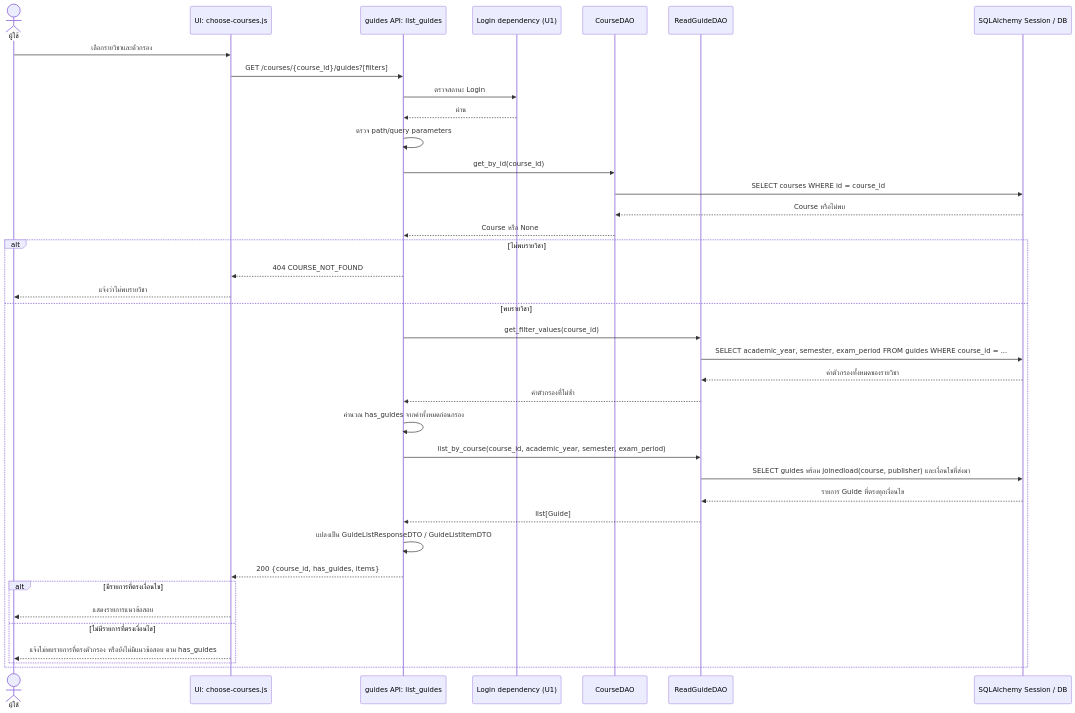
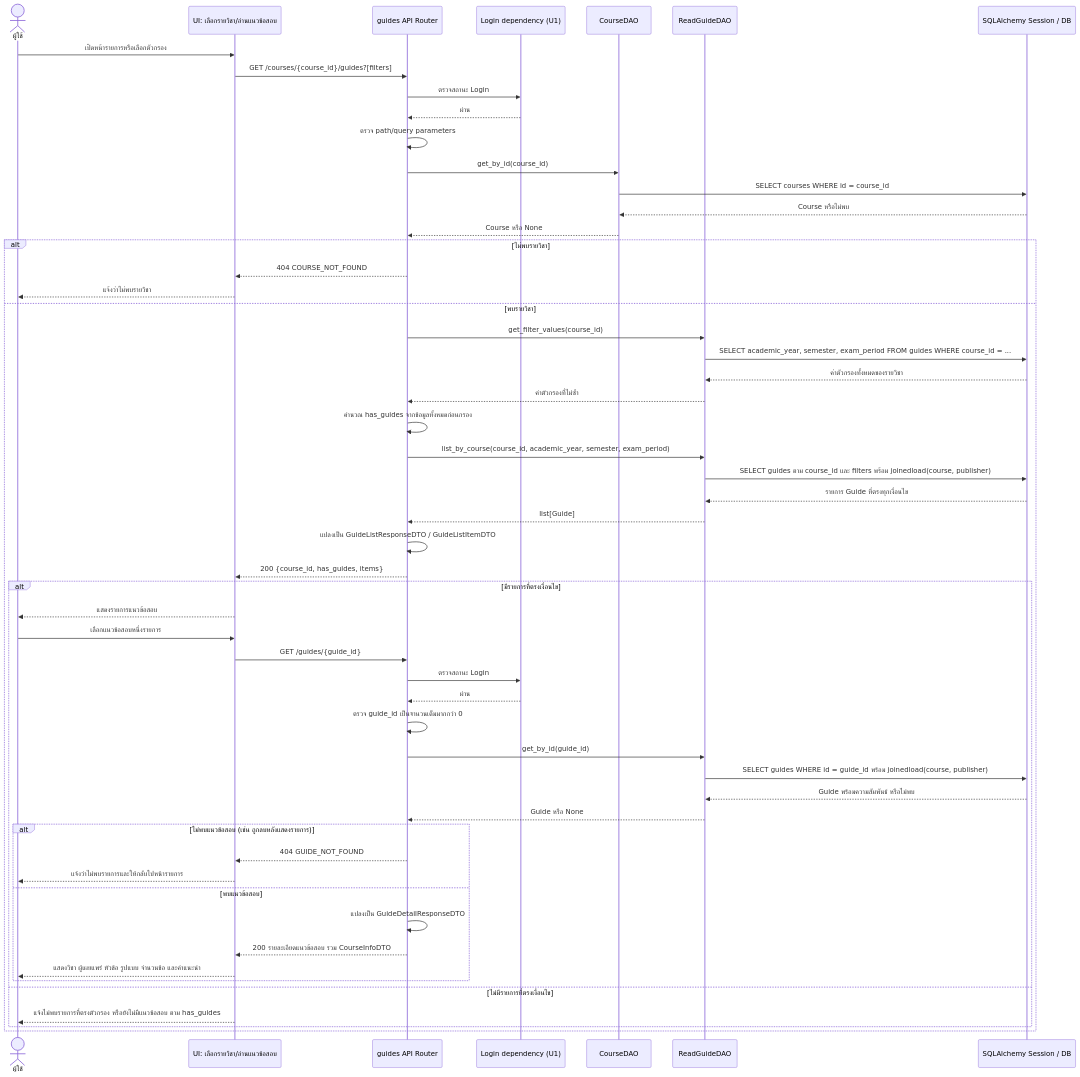
One commit to Lilieay/CS261-Group4-Project changed the diagram in docs/U3/Task37-sequence-diagram.md. Above: the diagram before and after it, drawn with Mermaid. The commit also changed other lines of this file, not shown here.

Commit message:
docs: combine task 37 sequence flow

````diff
--- a/docs/U3/Task37-sequence-diagram.md
+++ b/docs/U3/Task37-sequence-diagram.md
@@ -25,42 +25,60 @@
 ```mermaid
 sequenceDiagram
     actor User as ผู้ใช้
-    participant UI as UI: choose-courses.js
-    participant API as guides API: list_guides
+    participant UI as UI: เลือกรายวิชา/อ่านแนวข้อสอบ
+    participant API as guides API Router
     participant Auth as Login dependency (U1)
     participant CDAO as CourseDAO
     participant GDAO as ReadGuideDAO
     participant DB as SQLAlchemy Session / DB
 
-    User->>UI: เลือกรายวิชาและตัวกรอง
+    User->>UI: เปิดหน้ารายการหรือเลือกตัวกรอง
     UI->>API: GET /courses/{course_id}/guides?[filters]
     API->>Auth: ตรวจสถานะ Login
     Auth-->>API: ผ่าน
     API->>API: ตรวจ path/query parameters
     API->>CDAO: get_by_id(course_id)
     CDAO->>DB: SELECT courses WHERE id = course_id
     DB-->>CDAO: Course หรือไม่พบ
     CDAO-->>API: Course หรือ None
 
     alt ไม่พบรายวิชา
         API-->>UI: 404 COURSE_NOT_FOUND
         UI-->>User: แจ้งว่าไม่พบรายวิชา
     else พบรายวิชา
         API->>GDAO: get_filter_values(course_id)
         GDAO->>DB: SELECT academic_year, semester, exam_period FROM guides WHERE course_id = ...
         DB-->>GDAO: ค่าตัวกรองทั้งหมดของรายวิชา
         GDAO-->>API: ค่าตัวกรองที่ไม่ซ้ำ
-        API->>API: คำนวณ has_guides จากค่าทั้งหมดก่อนกรอง
+        API->>API: คำนวณ has_guides จากข้อมูลทั้งหมดก่อนกรอง
         API->>GDAO: list_by_course(course_id, academic_year, semester, exam_period)
-        GDAO->>DB: SELECT guides พร้อม joinedload(course, publisher) และเงื่อนไขที่ส่งมา
+        GDAO->>DB: SELECT guides ตาม course_id และ filters พร้อม joinedload(course, publisher)
         DB-->>GDAO: รายการ Guide ที่ตรงทุกเงื่อนไข
         GDAO-->>API: list[Guide]
         API->>API: แปลงเป็น GuideListResponseDTO / GuideListItemDTO
         API-->>UI: 200 {course_id, has_guides, items}
+
         alt มีรายการที่ตรงเงื่อนไข
             UI-->>User: แสดงรายการแนวข้อสอบ
+            User->>UI: เลือกแนวข้อสอบหนึ่งรายการ
+            UI->>API: GET /guides/{guide_id}
+            API->>Auth: ตรวจสถานะ Login
+            Auth-->>API: ผ่าน
+            API->>API: ตรวจ guide_id เป็นจำนวนเต็มมากกว่า 0
+            API->>GDAO: get_by_id(guide_id)
+            GDAO->>DB: SELECT guides WHERE id = guide_id พร้อม joinedload(course, publisher)
+            DB-->>GDAO: Guide พร้อมความสัมพันธ์ หรือไม่พบ
+            GDAO-->>API: Guide หรือ None
+            alt ไม่พบแนวข้อสอบ (เช่น ถูกลบหลังแสดงรายการ)
+                API-->>UI: 404 GUIDE_NOT_FOUND
+                UI-->>User: แจ้งว่าไม่พบรายการและให้กลับไปหน้ารายการ
+            else พบแนวข้อสอบ
+                API->>API: แปลงเป็น GuideDetailResponseDTO
+                API-->>UI: 200 รายละเอียดแนวข้อสอบ รวม CourseInfoDTO
+                UI-->>User: แสดงวิชา ผู้เผยแพร่ หัวข้อ รูปแบบ จำนวนข้อ และคำแนะนำ
+            end
         else ไม่มีรายการที่ตรงเงื่อนไข
             UI-->>User: แจ้งไม่พบรายการที่ตรงตัวกรอง หรือยังไม่มีแนวข้อสอบ ตาม has_guides
         end
     end
 ```
````
